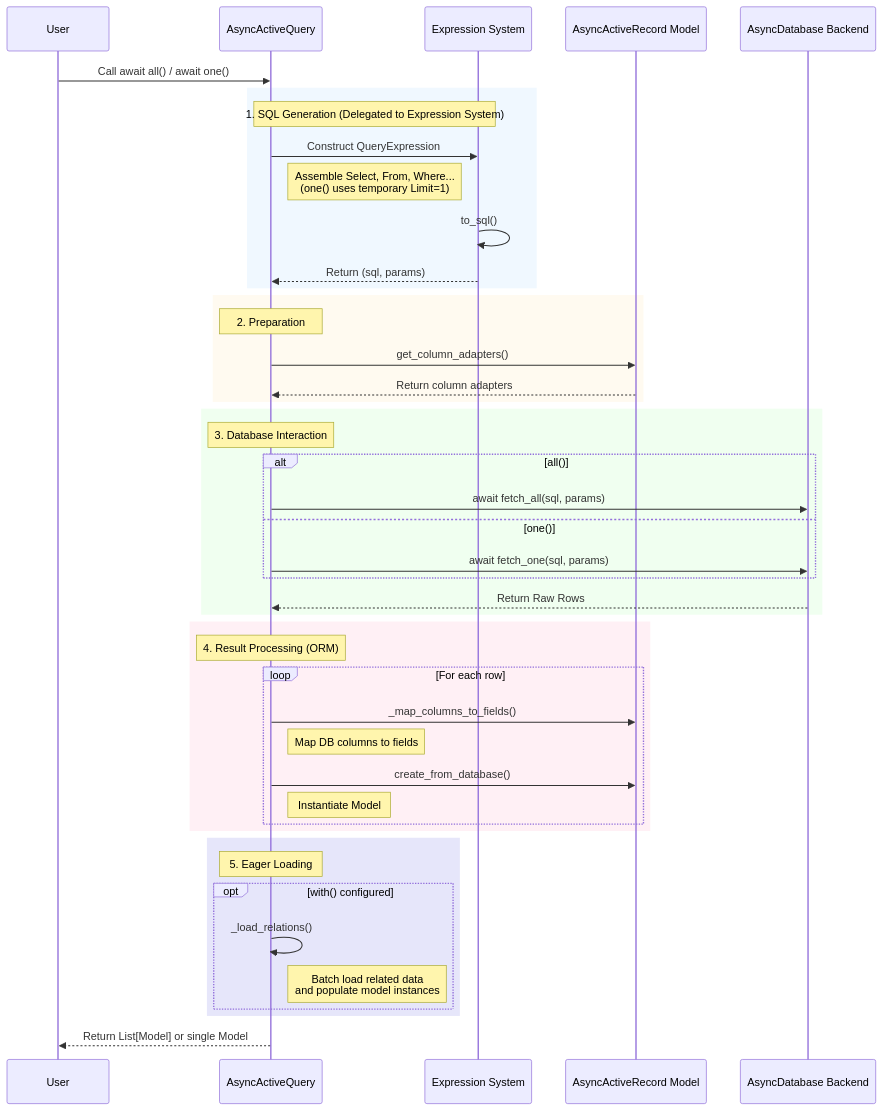
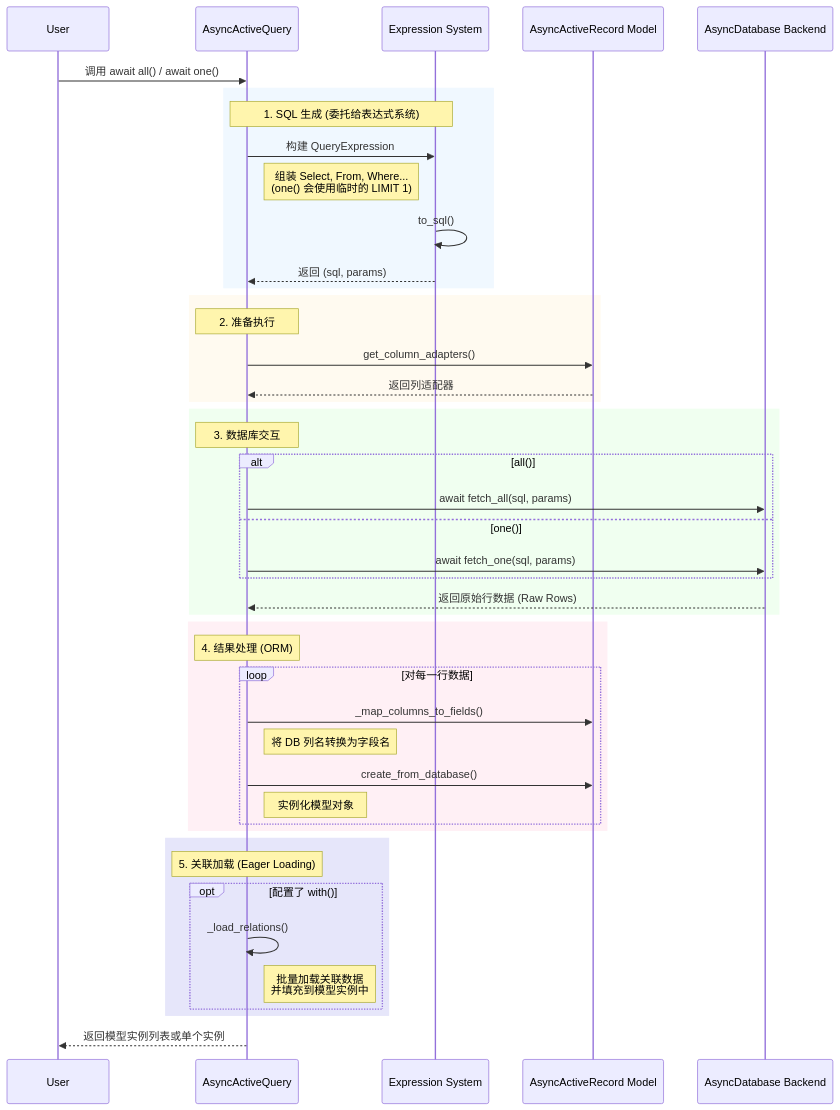
The third of 3 diagrams in docs/zh_CN/querying/active_query.md (rhosocial/python-activerecord), drawn with Mermaid before and after one commit. The commit also changed other lines of this file and 11 other files, not shown here.

````diff
--- a/docs/zh_CN/querying/active_query.md
+++ b/docs/zh_CN/querying/active_query.md
@@ -506,54 +505,54 @@
 ```mermaid
 sequenceDiagram
     participant User
     participant Query as AsyncActiveQuery
     participant Expr as Expression System
     participant Model as AsyncActiveRecord Model
     participant Backend as AsyncDatabase Backend
 
-    User->>Query: Call await all() / await one()
+    User->>Query: 调用 await all() / await one()
 
     rect rgb(240, 248, 255)
-        Note over Query, Expr: 1. SQL Generation (Delegated to Expression System)
-        Query->>Expr: Construct QueryExpression
-        Note right of Query: Assemble Select, From, Where...<br/>(one() uses temporary Limit=1)
+        Note over Query, Expr: 1. SQL 生成 (委托给表达式系统)
+        Query->>Expr: 构建 QueryExpression
+        Note right of Query: 组装 Select, From, Where...<br/>(one() 会使用临时的 LIMIT 1)
         Expr->>Expr: to_sql()
-        Expr-->>Query: Return (sql, params)
+        Expr-->>Query: 返回 (sql, params)
     end
 
     rect rgb(255, 250, 240)
-        Note over Query: 2. Preparation
+        Note over Query: 2. 准备执行
         Query->>Model: get_column_adapters()
-        Model-->>Query: Return column adapters
+        Model-->>Query: 返回列适配器
     end
 
     rect rgb(240, 255, 240)
-        Note over Query: 3. Database Interaction
+        Note over Query: 3. 数据库交互
         alt all()
             Query->>Backend: await fetch_all(sql, params)
         else one()
             Query->>Backend: await fetch_one(sql, params)
         end
-        Backend-->>Query: Return Raw Rows
+        Backend-->>Query: 返回原始行数据 (Raw Rows)
     end
 
     rect rgb(255, 240, 245)
-        Note over Query: 4. Result Processing (ORM)
-        loop For each row
+        Note over Query: 4. 结果处理 (ORM)
+        loop 对每一行数据
             Query->>Model: _map_columns_to_fields()
-            Note right of Query: Map DB columns to fields
+            Note right of Query: 将 DB 列名转换为字段名
             Query->>Model: create_from_database()
-            Note right of Query: Instantiate Model
+            Note right of Query: 实例化模型对象
         end
     end
 
     rect rgb(230, 230, 250)
-        Note over Query: 5. Eager Loading
-        opt with() configured
+        Note over Query: 5. 关联加载 (Eager Loading)
+        opt 配置了 with()
             Query->>Query: _load_relations()
-            Note right of Query: Batch load related data<br/>and populate model instances
+            Note right of Query: 批量加载关联数据<br/>并填充到模型实例中
         end
     end
 
-    Query-->>User: Return List[Model] or single Model
+    Query-->>User: 返回模型实例列表或单个实例
 ```
````
